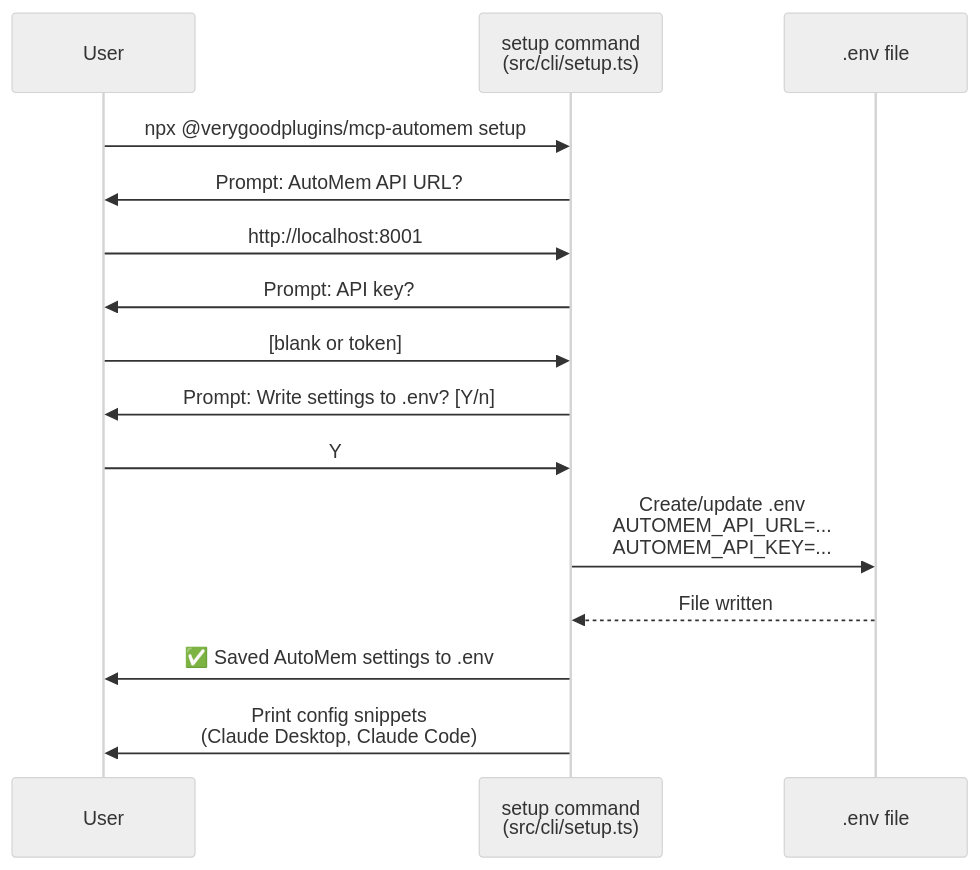
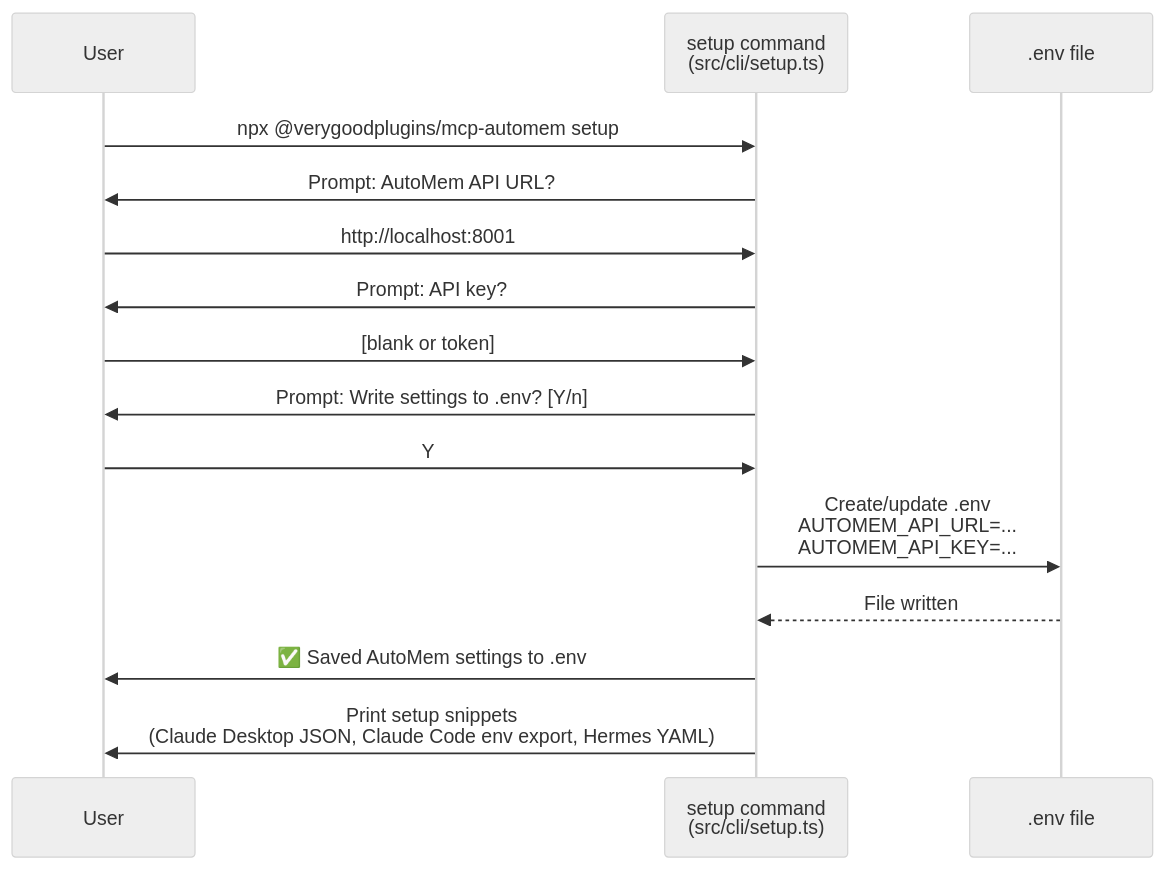
The second of 2 diagrams in src/content/docs/docs/cli/setup.md (verygoodplugins/automem-website), drawn with Mermaid (neutral theme) before and after one commit. The commit also changed other lines of this file and 1 other file, not shown here.

Commit message:
docs: update cli setup for audited MCP output (#352)

````diff
--- a/src/content/docs/docs/cli/setup.md
+++ b/src/content/docs/docs/cli/setup.md
@@ -268,20 +268,20 @@
 ```mermaid
 sequenceDiagram
     participant User
     participant CLI as setup command<br/>(src/cli/setup.ts)
     participant ENV as .env file
 
     User->>CLI: npx @verygoodplugins/mcp-automem setup
     CLI->>User: Prompt: AutoMem API URL?
     User->>CLI: http://localhost:8001
     CLI->>User: Prompt: API key?
     User->>CLI: [blank or token]
     CLI->>User: Prompt: Write settings to .env? [Y/n]
     User->>CLI: Y
 
     CLI->>ENV: Create/update .env<br/>AUTOMEM_API_URL=...<br/>AUTOMEM_API_KEY=...
     ENV-->>CLI: File written
     CLI->>User: ✅ Saved AutoMem settings to .env
 
-    CLI->>User: Print config snippets<br/>(Claude Desktop, Claude Code)
+    CLI->>User: Print setup snippets<br/>(Claude Desktop JSON, Claude Code env export, Hermes YAML)
 ```
````
